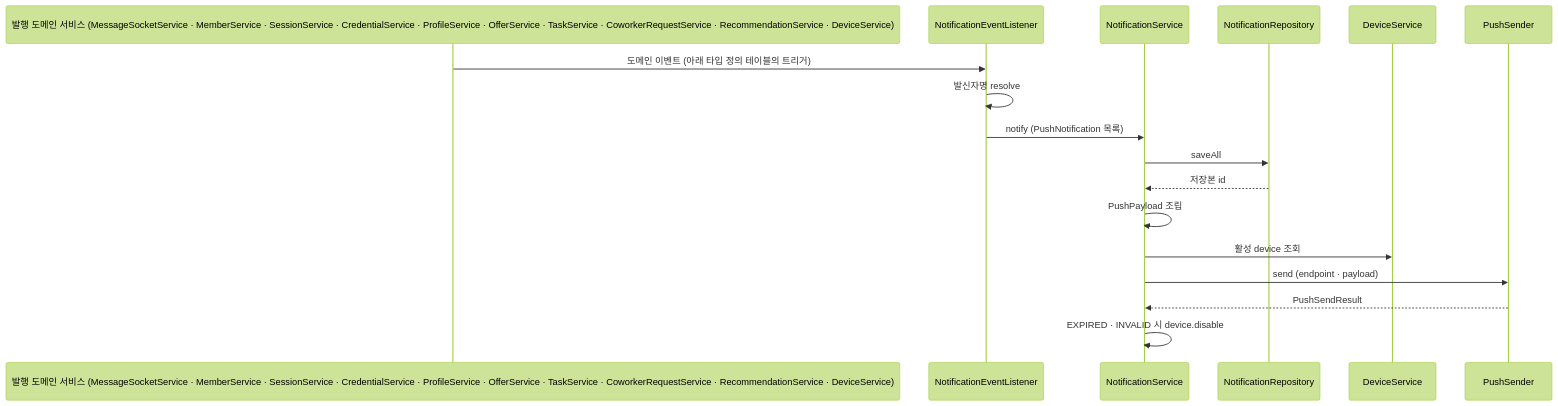
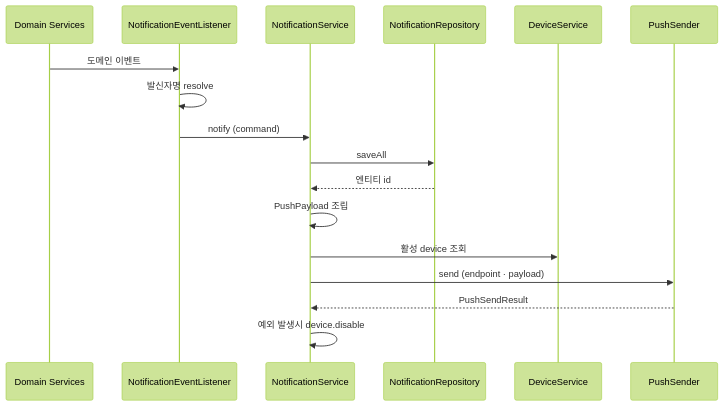
Before and after one commit to mortonCareer/bconnect: the first of 2 diagrams in apps/api/docs/notification-architecture.md, drawn with Mermaid (forest theme). The commit also changed other lines of this file and 2 other files, not shown here.

````diff
--- a/apps/api/docs/notification-architecture.md
+++ b/apps/api/docs/notification-architecture.md
@@ -7,20 +7,20 @@
 ```mermaid
 sequenceDiagram
-    participant Pub as 발행 도메인 서비스 (MessageSocketService · MemberService · SessionService · CredentialService · ProfileService · OfferService · TaskService · CoworkerRequestService · RecommendationService · DeviceService)
+    participant Pub as Domain Services
     participant Listener as NotificationEventListener
     participant Svc as NotificationService
     participant Repo as NotificationRepository
     participant Device as DeviceService
     participant Sender as PushSender
 
-    Pub->>Listener: 도메인 이벤트 (아래 타입 정의 테이블의 트리거)
+    Pub->>Listener: 도메인 이벤트
     Listener->>Listener: 발신자명 resolve
-    Listener->>Svc: notify (PushNotification 목록)
+    Listener->>Svc: notify (command)
     Svc->>Repo: saveAll
-    Repo-->>Svc: 저장본 id
+    Repo-->>Svc: 엔티티 id
     Svc->>Svc: PushPayload 조립
     Svc->>Device: 활성 device 조회
     Svc->>Sender: send (endpoint · payload)
     Sender-->>Svc: PushSendResult
-    Svc->>Svc: EXPIRED · INVALID 시 device.disable
+    Svc->>Svc: 예외 발생시 device.disable
 ```
````
